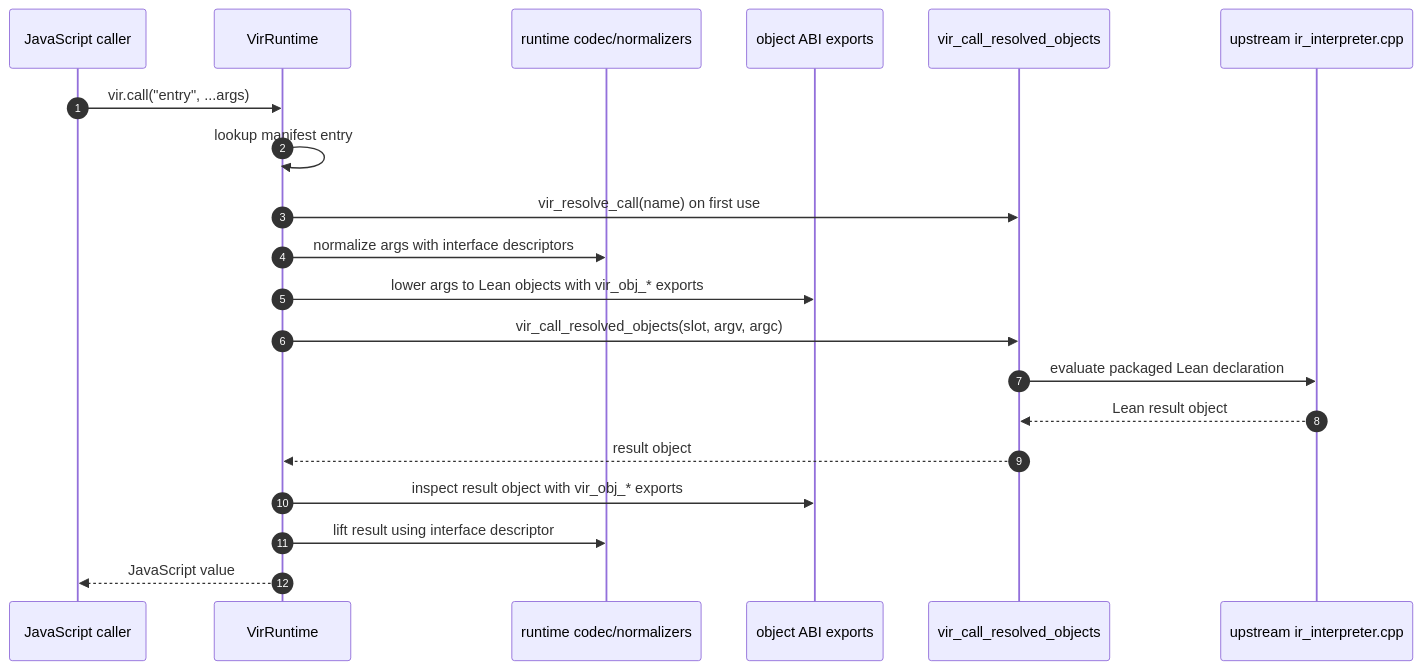
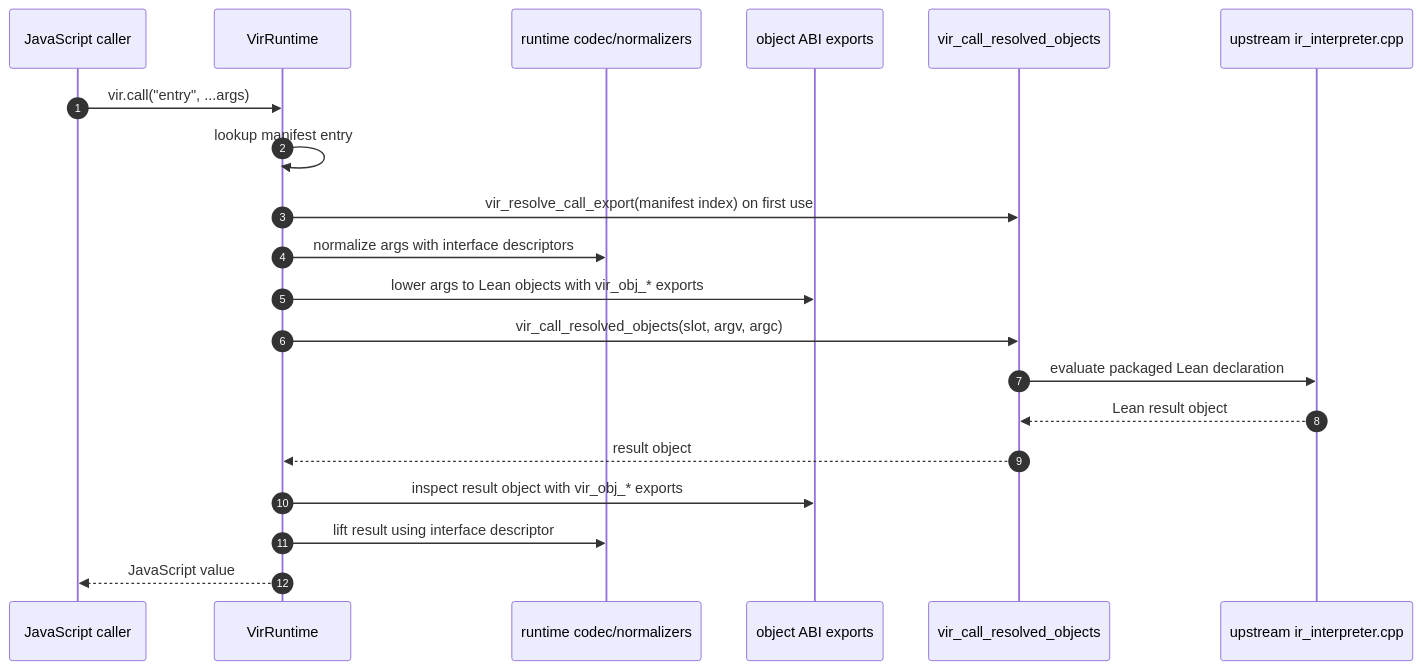
One commit to ejgallego/lean-vir changed the first of 5 diagrams in docs/DEVELOPER_GUIDE.md. Above: the diagram before and after it, drawn with Mermaid. The commit also changed 27 other files, not shown here.

````diff
--- a/docs/DEVELOPER_GUIDE.md
+++ b/docs/DEVELOPER_GUIDE.md
@@ -73,23 +73,23 @@
 ```mermaid
 sequenceDiagram
     autonumber
     participant JS as JavaScript caller
     participant RT as VirRuntime
     participant Codec as runtime codec/normalizers
     participant Obj as object ABI exports
     participant Wasm as vir_call_resolved_objects
     participant IR as upstream ir_interpreter.cpp
 
     JS->>RT: vir.call("entry", ...args)
     RT->>RT: lookup manifest entry
-    RT->>Wasm: vir_resolve_call(name) on first use
+    RT->>Wasm: vir_resolve_call_export(manifest index) on first use
     RT->>Codec: normalize args with interface descriptors
     RT->>Obj: lower args to Lean objects with vir_obj_* exports
     RT->>Wasm: vir_call_resolved_objects(slot, argv, argc)
     Wasm->>IR: evaluate packaged Lean declaration
     IR-->>Wasm: Lean result object
     Wasm-->>RT: result object
     RT->>Obj: inspect result object with vir_obj_* exports
     RT->>Codec: lift result using interface descriptor
     RT-->>JS: JavaScript value
 ```
````
